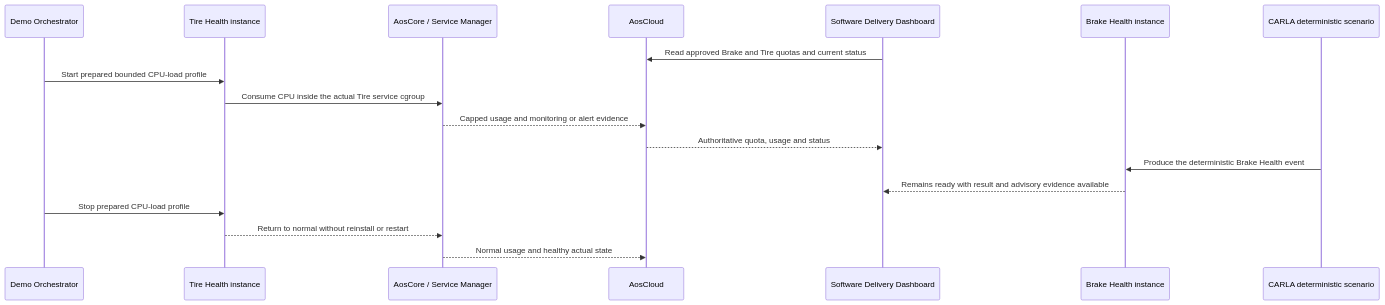
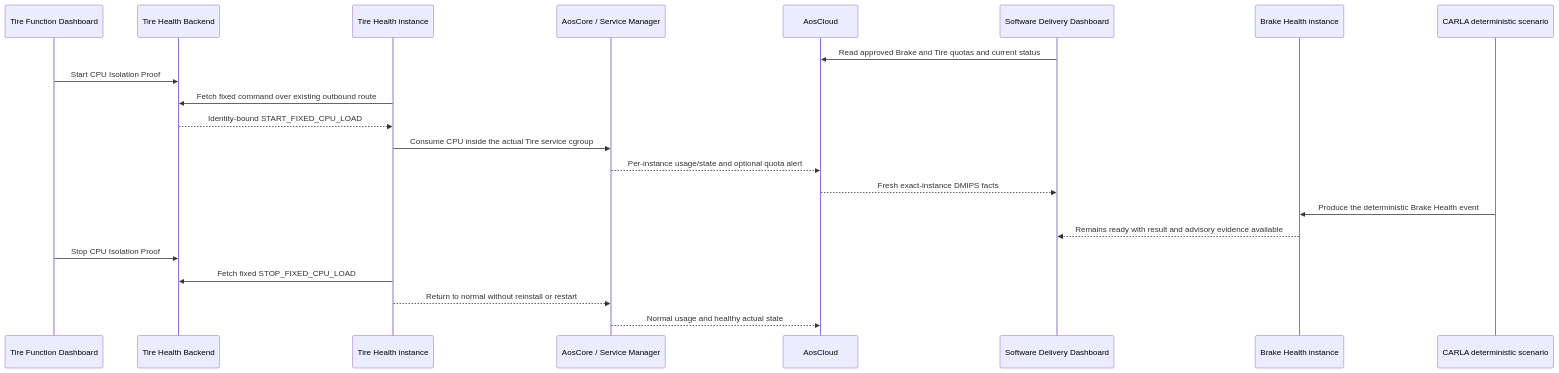
One commit to alexmaninblack/aosedge-sdv-demo changed diagram 19 of 22 in docs/architecture/demo-scenario-architecture-flows.md. Above: the diagram before and after it, drawn with Mermaid. The commit also changed other lines of this file and 176 other files, not shown here.

````diff
--- a/docs/architecture/demo-scenario-architecture-flows.md
+++ b/docs/architecture/demo-scenario-architecture-flows.md
@@ -1113,21 +1252,25 @@
 ```mermaid
 sequenceDiagram
-    participant OR as Demo Orchestrator
+    participant TD as Tire Function Dashboard
+    participant TB as Tire Health Backend
     participant TIRE as Tire Health instance
     participant AOS as AosCore / Service Manager
     participant AC as AosCloud
     participant SW as Software Delivery Dashboard
     participant BHS as Brake Health instance
     participant CARLA as CARLA deterministic scenario
 
     SW->>AC: Read approved Brake and Tire quotas and current status
-    OR->>TIRE: Start prepared bounded CPU-load profile
+    TD->>TB: Start CPU Isolation Proof
+    TIRE->>TB: Fetch fixed command over existing outbound route
+    TB-->>TIRE: Identity-bound START_FIXED_CPU_LOAD
     TIRE->>AOS: Consume CPU inside the actual Tire service cgroup
-    AOS-->>AC: Capped usage and monitoring or alert evidence
-    AC-->>SW: Authoritative quota, usage and status
+    AOS-->>AC: Per-instance usage/state and optional quota alert
+    AC-->>SW: Fresh exact-instance DMIPS facts
     CARLA->>BHS: Produce the deterministic Brake Health event
     BHS-->>SW: Remains ready with result and advisory evidence available
-    OR->>TIRE: Stop prepared CPU-load profile
+    TD->>TB: Stop CPU Isolation Proof
+    TIRE->>TB: Fetch fixed STOP_FIXED_CPU_LOAD
     TIRE-->>AOS: Return to normal without reinstall or restart
     AOS-->>AC: Normal usage and healthy actual state
 ```
````
